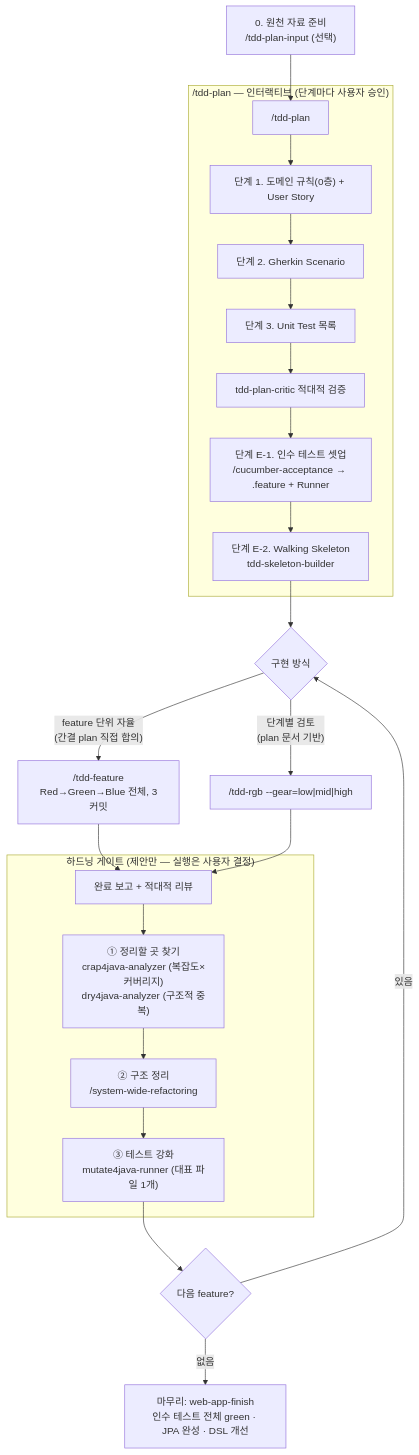
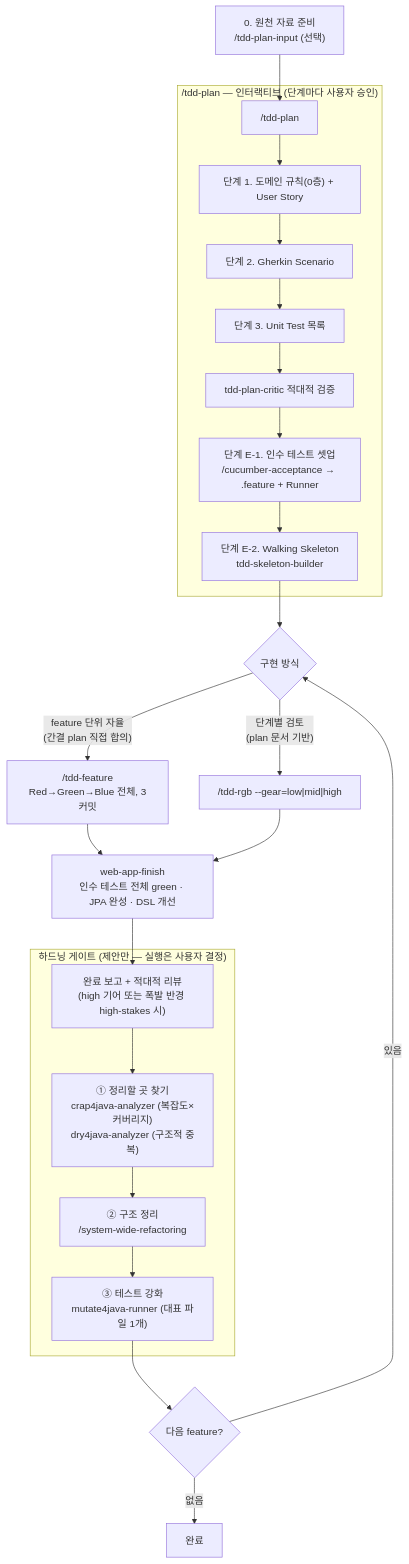
Before and after one commit to msbaek/msbaek-claude-plugins: the diagram in README.md, drawn with Mermaid. The commit also changed other lines of this file and 2 other files, not shown here.

Commit message:
docs(msbaek-tdd): web-app 템플릿을 10단계로 확장 — 적대적 리뷰·하드닝 게이트 추가
- 템플릿 절차에 9. 적대적 리뷰, 10. 하드닝 게이트가 빠져 있어 생성 문서가 신규 절차를 반영하지 못함
- 정본(tdd-rgb use case 완료 절차) 순서대로 JPA·DSL(finish) 뒤에 배치 — 리뷰 diff가 전체 구현 포함
- README 절차도의 순서 오류 수정: web-app-finish를 적대적 리뷰 앞으로 이동

````diff
--- a/README.md
+++ b/README.md
@@ -330,25 +330,26 @@
 ```mermaid
 flowchart TD
     A["0. 원천 자료 준비<br>/tdd-plan-input (선택)"] --> B["/tdd-plan"]
     subgraph PLAN["/tdd-plan — 인터랙티브 (단계마다 사용자 승인)"]
         B --> C["단계 1. 도메인 규칙(0층) + User Story"]
         C --> D["단계 2. Gherkin Scenario"]
         D --> E["단계 3. Unit Test 목록"]
         E --> F["tdd-plan-critic 적대적 검증"]
         F --> G["단계 E-1. 인수 테스트 셋업<br>/cucumber-acceptance → .feature + Runner"]
         G --> H["단계 E-2. Walking Skeleton<br>tdd-skeleton-builder"]
     end
     H --> I{"구현 방식"}
     I -->|"feature 단위 자율<br>(간결 plan 직접 합의)"| J["/tdd-feature<br>Red→Green→Blue 전체, 3커밋"]
     I -->|"단계별 검토<br>(plan 문서 기반)"| K["/tdd-rgb --gear=low|mid|high"]
-    J --> R["완료 보고 + 적대적 리뷰"]
-    K --> R
+    J --> M["web-app-finish<br>인수 테스트 전체 green · JPA 완성 · DSL 개선"]
+    K --> M
+    M --> R["완료 보고 + 적대적 리뷰<br>(high 기어 또는 폭발 반경 high-stakes 시)"]
     subgraph HG["하드닝 게이트 (제안만 — 실행은 사용자 결정)"]
         R --> S["① 정리할 곳 찾기<br>crap4java-analyzer (복잡도×커버리지)<br>dry4java-analyzer (구조적 중복)"]
         S --> T["② 구조 정리<br>/system-wide-refactoring"]
         T --> U["③ 테스트 강화<br>mutate4java-runner (대표 파일 1개)"]
     end
     U --> L{"다음 feature?"}
     L -->|있음| I
-    L -->|없음| M["마무리: web-app-finish<br>인수 테스트 전체 green · JPA 완성 · DSL 개선"]
+    L -->|없음| Z["완료"]
 ```
````
